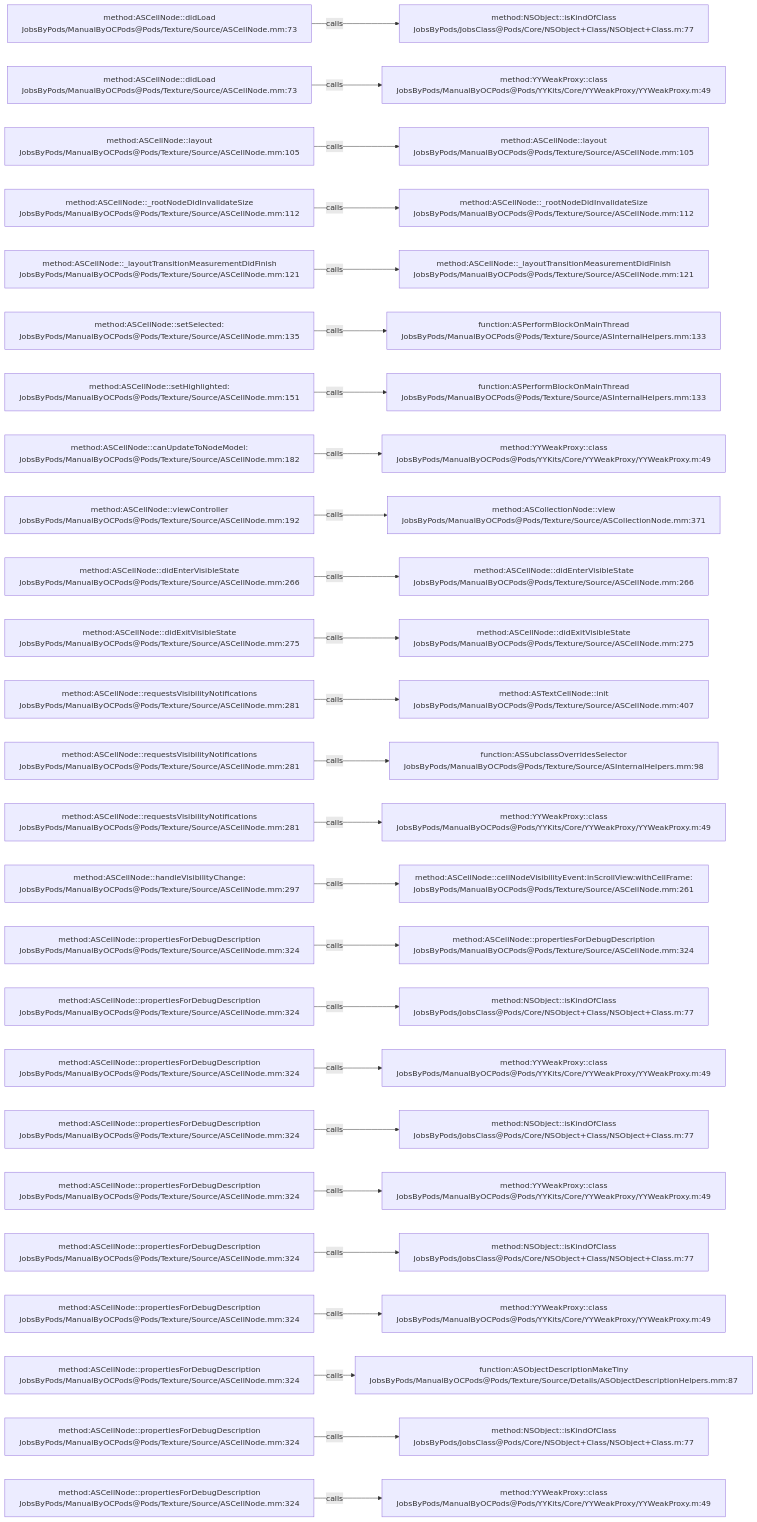
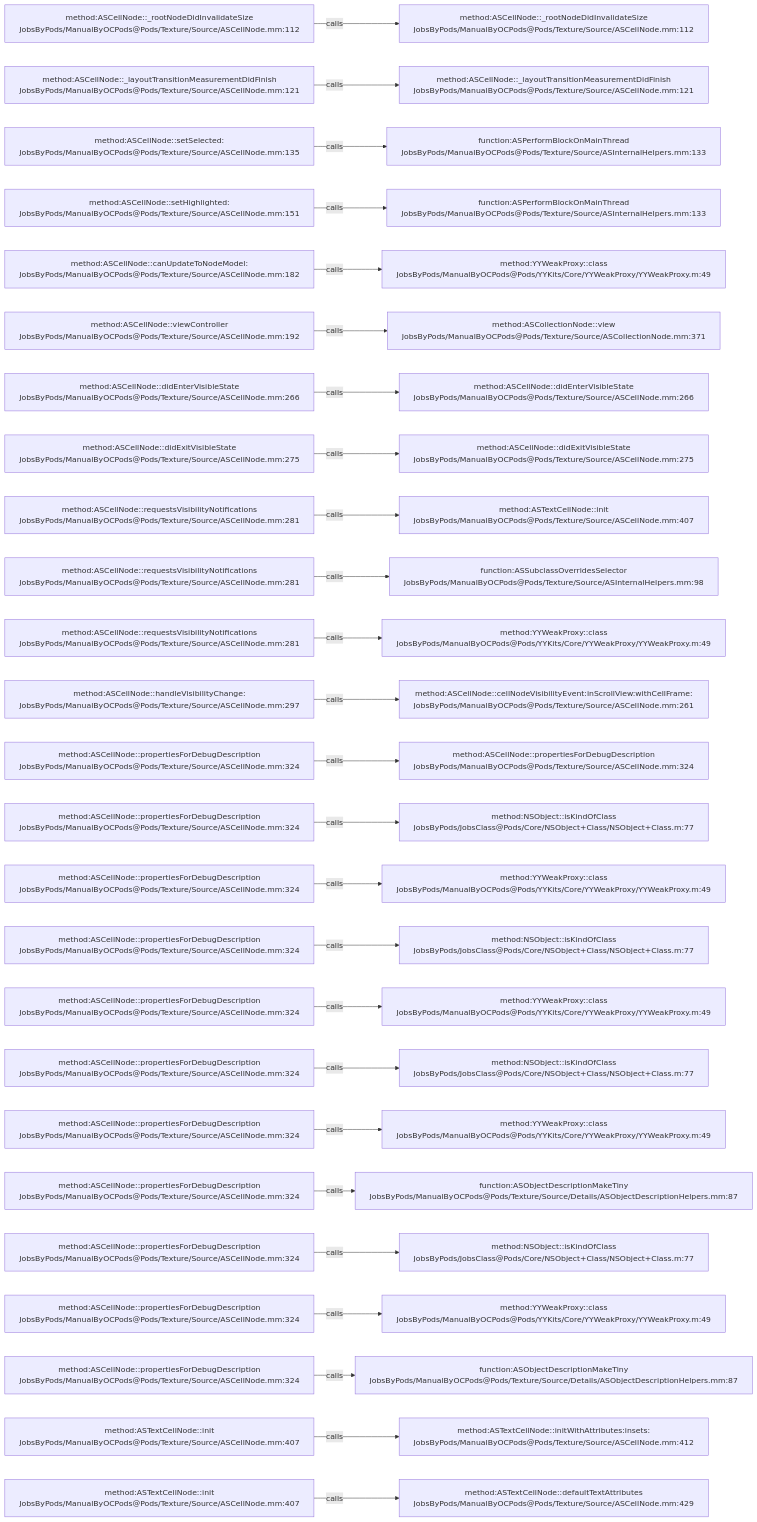
One commit to JobsKits/JobsOCBaseConfigDemo changed the diagram in .codegraph/codegraph.md/graphs/calls-075.md. Above: the diagram before and after it, drawn with Mermaid. The commit also changed 342 other files, not shown here.

````diff
--- a/.codegraph/codegraph.md/graphs/calls-075.md
+++ b/.codegraph/codegraph.md/graphs/calls-075.md
@@ -13,78 +13,78 @@
 ```mermaid
 flowchart LR
-  S1["method:ASCellNode::didLoad<br/>JobsByPods/ManualByOCPods@Pods/Texture/Source/ASCellNode.mm:73"]
-  T1["method:NSObject::isKindOfClass<br/>JobsByPods/JobsClass@Pods/Core/NSObject+Class/NSObject+Class.m:77"]
+  S1["method:ASCellNode::_rootNodeDidInvalidateSize<br/>JobsByPods/ManualByOCPods@Pods/Texture/Source/ASCellNode.mm:112"]
+  T1["method:ASCellNode::_rootNodeDidInvalidateSize<br/>JobsByPods/ManualByOCPods@Pods/Texture/Source/ASCellNode.mm:112"]
   S1 -->|calls| T1
-  S2["method:ASCellNode::didLoad<br/>JobsByPods/ManualByOCPods@Pods/Texture/Source/ASCellNode.mm:73"]
-  T2["method:YYWeakProxy::class<br/>JobsByPods/ManualByOCPods@Pods/YYKits/Core/YYWeakProxy/YYWeakProxy.m:49"]
+  S2["method:ASCellNode::_layoutTransitionMeasurementDidFinish<br/>JobsByPods/ManualByOCPods@Pods/Texture/Source/ASCellNode.mm:121"]
+  T2["method:ASCellNode::_layoutTransitionMeasurementDidFinish<br/>JobsByPods/ManualByOCPods@Pods/Texture/Source/ASCellNode.mm:121"]
   S2 -->|calls| T2
-  S3["method:ASCellNode::layout<br/>JobsByPods/ManualByOCPods@Pods/Texture/Source/ASCellNode.mm:105"]
-  T3["method:ASCellNode::layout<br/>JobsByPods/ManualByOCPods@Pods/Texture/Source/ASCellNode.mm:105"]
+  S3["method:ASCellNode::setSelected:<br/>JobsByPods/ManualByOCPods@Pods/Texture/Source/ASCellNode.mm:135"]
+  T3["function:ASPerformBlockOnMainThread<br/>JobsByPods/ManualByOCPods@Pods/Texture/Source/ASInternalHelpers.mm:133"]
   S3 -->|calls| T3
-  S4["method:ASCellNode::_rootNodeDidInvalidateSize<br/>JobsByPods/ManualByOCPods@Pods/Texture/Source/ASCellNode.mm:112"]
-  T4["method:ASCellNode::_rootNodeDidInvalidateSize<br/>JobsByPods/ManualByOCPods@Pods/Texture/Source/ASCellNode.mm:112"]
+  S4["method:ASCellNode::setHighlighted:<br/>JobsByPods/ManualByOCPods@Pods/Texture/Source/ASCellNode.mm:151"]
+  T4["function:ASPerformBlockOnMainThread<br/>JobsByPods/ManualByOCPods@Pods/Texture/Source/ASInternalHelpers.mm:133"]
   S4 -->|calls| T4
-  S5["method:ASCellNode::_layoutTransitionMeasurementDidFinish<br/>JobsByPods/ManualByOCPods@Pods/Texture/Source/ASCellNode.mm:121"]
-  T5["method:ASCellNode::_layoutTransitionMeasurementDidFinish<br/>JobsByPods/ManualByOCPods@Pods/Texture/Source/ASCellNode.mm:121"]
+  S5["method:ASCellNode::canUpdateToNodeModel:<br/>JobsByPods/ManualByOCPods@Pods/Texture/Source/ASCellNode.mm:182"]
+  T5["method:YYWeakProxy::class<br/>JobsByPods/ManualByOCPods@Pods/YYKits/Core/YYWeakProxy/YYWeakProxy.m:49"]
   S5 -->|calls| T5
-  S6["method:ASCellNode::setSelected:<br/>JobsByPods/ManualByOCPods@Pods/Texture/Source/ASCellNode.mm:135"]
-  T6["function:ASPerformBlockOnMainThread<br/>JobsByPods/ManualByOCPods@Pods/Texture/Source/ASInternalHelpers.mm:133"]
+  S6["method:ASCellNode::viewController<br/>JobsByPods/ManualByOCPods@Pods/Texture/Source/ASCellNode.mm:192"]
+  T6["method:ASCollectionNode::view<br/>JobsByPods/ManualByOCPods@Pods/Texture/Source/ASCollectionNode.mm:371"]
   S6 -->|calls| T6
-  S7["method:ASCellNode::setHighlighted:<br/>JobsByPods/ManualByOCPods@Pods/Texture/Source/ASCellNode.mm:151"]
-  T7["function:ASPerformBlockOnMainThread<br/>JobsByPods/ManualByOCPods@Pods/Texture/Source/ASInternalHelpers.mm:133"]
+  S7["method:ASCellNode::didEnterVisibleState<br/>JobsByPods/ManualByOCPods@Pods/Texture/Source/ASCellNode.mm:266"]
+  T7["method:ASCellNode::didEnterVisibleState<br/>JobsByPods/ManualByOCPods@Pods/Texture/Source/ASCellNode.mm:266"]
   S7 -->|calls| T7
-  S8["method:ASCellNode::canUpdateToNodeModel:<br/>JobsByPods/ManualByOCPods@Pods/Texture/Source/ASCellNode.mm:182"]
-  T8["method:YYWeakProxy::class<br/>JobsByPods/ManualByOCPods@Pods/YYKits/Core/YYWeakProxy/YYWeakProxy.m:49"]
+  S8["method:ASCellNode::didExitVisibleState<br/>JobsByPods/ManualByOCPods@Pods/Texture/Source/ASCellNode.mm:275"]
+  T8["method:ASCellNode::didExitVisibleState<br/>JobsByPods/ManualByOCPods@Pods/Texture/Source/ASCellNode.mm:275"]
   S8 -->|calls| T8
-  S9["method:ASCellNode::viewController<br/>JobsByPods/ManualByOCPods@Pods/Texture/Source/ASCellNode.mm:192"]
-  T9["method:ASCollectionNode::view<br/>JobsByPods/ManualByOCPods@Pods/Texture/Source/ASCollectionNode.mm:371"]
+  S9["method:ASCellNode::requestsVisibilityNotifications<br/>JobsByPods/ManualByOCPods@Pods/Texture/Source/ASCellNode.mm:281"]
+  T9["method:ASTextCellNode::init<br/>JobsByPods/ManualByOCPods@Pods/Texture/Source/ASCellNode.mm:407"]
   S9 -->|calls| T9
-  S10["method:ASCellNode::didEnterVisibleState<br/>JobsByPods/ManualByOCPods@Pods/Texture/Source/ASCellNode.mm:266"]
-  T10["method:ASCellNode::didEnterVisibleState<br/>JobsByPods/ManualByOCPods@Pods/Texture/Source/ASCellNode.mm:266"]
+  S10["method:ASCellNode::requestsVisibilityNotifications<br/>JobsByPods/ManualByOCPods@Pods/Texture/Source/ASCellNode.mm:281"]
+  T10["function:ASSubclassOverridesSelector<br/>JobsByPods/ManualByOCPods@Pods/Texture/Source/ASInternalHelpers.mm:98"]
   S10 -->|calls| T10
-  S11["method:ASCellNode::didExitVisibleState<br/>JobsByPods/ManualByOCPods@Pods/Texture/Source/ASCellNode.mm:275"]
-  T11["method:ASCellNode::didExitVisibleState<br/>JobsByPods/ManualByOCPods@Pods/Texture/Source/ASCellNode.mm:275"]
+  S11["method:ASCellNode::requestsVisibilityNotifications<br/>JobsByPods/ManualByOCPods@Pods/Texture/Source/ASCellNode.mm:281"]
+  T11["method:YYWeakProxy::class<br/>JobsByPods/ManualByOCPods@Pods/YYKits/Core/YYWeakProxy/YYWeakProxy.m:49"]
   S11 -->|calls| T11
-  S12["method:ASCellNode::requestsVisibilityNotifications<br/>JobsByPods/ManualByOCPods@Pods/Texture/Source/ASCellNode.mm:281"]
-  T12["method:ASTextCellNode::init<br/>JobsByPods/ManualByOCPods@Pods/Texture/Source/ASCellNode.mm:407"]
+  S12["method:ASCellNode::handleVisibilityChange:<br/>JobsByPods/ManualByOCPods@Pods/Texture/Source/ASCellNode.mm:297"]
+  T12["method:ASCellNode::cellNodeVisibilityEvent:inScrollView:withCellFrame:<br/>JobsByPods/ManualByOCPods@Pods/Texture/Source/ASCellNode.mm:261"]
   S12 -->|calls| T12
-  S13["method:ASCellNode::requestsVisibilityNotifications<br/>JobsByPods/ManualByOCPods@Pods/Texture/Source/ASCellNode.mm:281"]
-  T13["function:ASSubclassOverridesSelector<br/>JobsByPods/ManualByOCPods@Pods/Texture/Source/ASInternalHelpers.mm:98"]
+  S13["method:ASCellNode::propertiesForDebugDescription<br/>JobsByPods/ManualByOCPods@Pods/Texture/Source/ASCellNode.mm:324"]
+  T13["method:ASCellNode::propertiesForDebugDescription<br/>JobsByPods/ManualByOCPods@Pods/Texture/Source/ASCellNode.mm:324"]
   S13 -->|calls| T13
-  S14["method:ASCellNode::requestsVisibilityNotifications<br/>JobsByPods/ManualByOCPods@Pods/Texture/Source/ASCellNode.mm:281"]
-  T14["method:YYWeakProxy::class<br/>JobsByPods/ManualByOCPods@Pods/YYKits/Core/YYWeakProxy/YYWeakProxy.m:49"]
+  S14["method:ASCellNode::propertiesForDebugDescription<br/>JobsByPods/ManualByOCPods@Pods/Texture/Source/ASCellNode.mm:324"]
+  T14["method:NSObject::isKindOfClass<br/>JobsByPods/JobsClass@Pods/Core/NSObject+Class/NSObject+Class.m:77"]
   S14 -->|calls| T14
-  S15["method:ASCellNode::handleVisibilityChange:<br/>JobsByPods/ManualByOCPods@Pods/Texture/Source/ASCellNode.mm:297"]
-  T15["method:ASCellNode::cellNodeVisibilityEvent:inScrollView:withCellFrame:<br/>JobsByPods/ManualByOCPods@Pods/Texture/Source/ASCellNode.mm:261"]
+  S15["method:ASCellNode::propertiesForDebugDescription<br/>JobsByPods/ManualByOCPods@Pods/Texture/Source/ASCellNode.mm:324"]
+  T15["method:YYWeakProxy::class<br/>JobsByPods/ManualByOCPods@Pods/YYKits/Core/YYWeakProxy/YYWeakProxy.m:49"]
   S15 -->|calls| T15
   S16["method:ASCellNode::propertiesForDebugDescription<br/>JobsByPods/ManualByOCPods@Pods/Texture/Source/ASCellNode.mm:324"]
-  T16["method:ASCellNode::propertiesForDebugDescription<br/>JobsByPods/ManualByOCPods@Pods/Texture/Source/ASCellNode.mm:324"]
+  T16["method:NSObject::isKindOfClass<br/>JobsByPods/JobsClass@Pods/Core/NSObject+Class/NSObject+Class.m:77"]
   S16 -->|calls| T16
   S17["method:ASCellNode::propertiesForDebugDescription<br/>JobsByPods/ManualByOCPods@Pods/Texture/Source/ASCellNode.mm:324"]
-  T17["method:NSObject::isKindOfClass<br/>JobsByPods/JobsClass@Pods/Core/NSObject+Class/NSObject+Class.m:77"]
+  T17["method:YYWeakProxy::class<br/>JobsByPods/ManualByOCPods@Pods/YYKits/Core/YYWeakProxy/YYWeakProxy.m:49"]
   S17 -->|calls| T17
   S18["method:ASCellNode::propertiesForDebugDescription<br/>JobsByPods/ManualByOCPods@Pods/Texture/Source/ASCellNode.mm:324"]
-  T18["method:YYWeakProxy::class<br/>JobsByPods/ManualByOCPods@Pods/YYKits/Core/YYWeakProxy/YYWeakProxy.m:49"]
+  T18["method:NSObject::isKindOfClass<br/>JobsByPods/JobsClass@Pods/Core/NSObject+Class/NSObject+Class.m:77"]
   S18 -->|calls| T18
   S19["method:ASCellNode::propertiesForDebugDescription<br/>JobsByPods/ManualByOCPods@Pods/Texture/Source/ASCellNode.mm:324"]
-  T19["method:NSObject::isKindOfClass<br/>JobsByPods/JobsClass@Pods/Core/NSObject+Class/NSObject+Class.m:77"]
+  T19["method:YYWeakProxy::class<br/>JobsByPods/ManualByOCPods@Pods/YYKits/Core/YYWeakProxy/YYWeakProxy.m:49"]
   S19 -->|calls| T19
   S20["method:ASCellNode::propertiesForDebugDescription<br/>JobsByPods/ManualByOCPods@Pods/Texture/Source/ASCellNode.mm:324"]
-  T20["method:YYWeakProxy::class<br/>JobsByPods/ManualByOCPods@Pods/YYKits/Core/YYWeakProxy/YYWeakProxy.m:49"]
+  T20["function:ASObjectDescriptionMakeTiny<br/>JobsByPods/ManualByOCPods@Pods/Texture/Source/Details/ASObjectDescriptionHelpers.mm:87"]
   S20 -->|calls| T20
   S21["method:ASCellNode::propertiesForDebugDescription<br/>JobsByPods/ManualByOCPods@Pods/Texture/Source/ASCellNode.mm:324"]
   T21["method:NSObject::isKindOfClass<br/>JobsByPods/JobsClass@Pods/Core/NSObject+Class/NSObject+Class.m:77"]
   S21 -->|calls| T21
   S22["method:ASCellNode::propertiesForDebugDescription<br/>JobsByPods/ManualByOCPods@Pods/Texture/Source/ASCellNode.mm:324"]
   T22["method:YYWeakProxy::class<br/>JobsByPods/ManualByOCPods@Pods/YYKits/Core/YYWeakProxy/YYWeakProxy.m:49"]
   S22 -->|calls| T22
   S23["method:ASCellNode::propertiesForDebugDescription<br/>JobsByPods/ManualByOCPods@Pods/Texture/Source/ASCellNode.mm:324"]
   T23["function:ASObjectDescriptionMakeTiny<br/>JobsByPods/ManualByOCPods@Pods/Texture/Source/Details/ASObjectDescriptionHelpers.mm:87"]
   S23 -->|calls| T23
-  S24["method:ASCellNode::propertiesForDebugDescription<br/>JobsByPods/ManualByOCPods@Pods/Texture/Source/ASCellNode.mm:324"]
-  T24["method:NSObject::isKindOfClass<br/>JobsByPods/JobsClass@Pods/Core/NSObject+Class/NSObject+Class.m:77"]
+  S24["method:ASTextCellNode::init<br/>JobsByPods/ManualByOCPods@Pods/Texture/Source/ASCellNode.mm:407"]
+  T24["method:ASTextCellNode::initWithAttributes:insets:<br/>JobsByPods/ManualByOCPods@Pods/Texture/Source/ASCellNode.mm:412"]
   S24 -->|calls| T24
-  S25["method:ASCellNode::propertiesForDebugDescription<br/>JobsByPods/ManualByOCPods@Pods/Texture/Source/ASCellNode.mm:324"]
-  T25["method:YYWeakProxy::class<br/>JobsByPods/ManualByOCPods@Pods/YYKits/Core/YYWeakProxy/YYWeakProxy.m:49"]
+  S25["method:ASTextCellNode::init<br/>JobsByPods/ManualByOCPods@Pods/Texture/Source/ASCellNode.mm:407"]
+  T25["method:ASTextCellNode::defaultTextAttributes<br/>JobsByPods/ManualByOCPods@Pods/Texture/Source/ASCellNode.mm:429"]
   S25 -->|calls| T25
 ```
````
